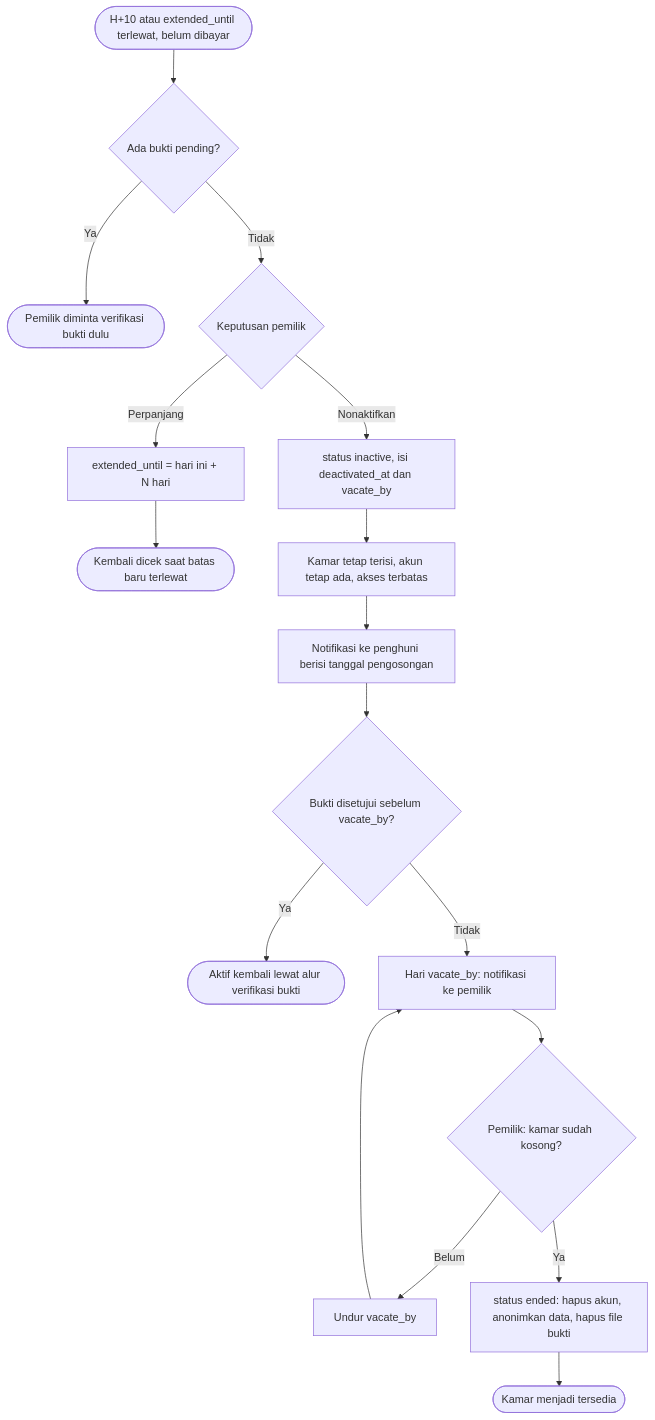
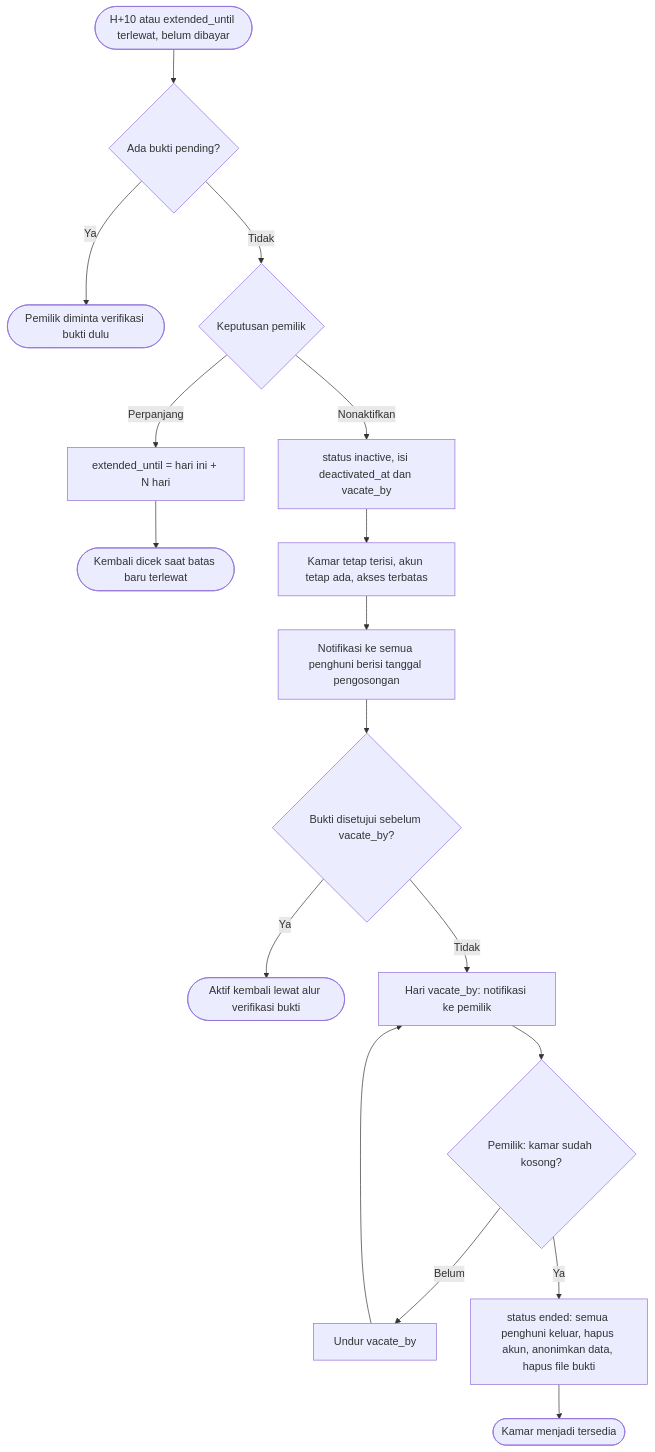
Before and after one commit to ANugroho186/kost36-app: the fourth of 4 diagrams in docs/alur-bisnis.md, drawn with Mermaid. The commit also changed other lines of this file and 1 other file, not shown here.

Commit message:
docs: dukung dua penghuni per kamar dengan tabel tenancy_occupants

````diff
--- a/docs/alur-bisnis.md
+++ b/docs/alur-bisnis.md
@@ -92,19 +106,19 @@
 ```mermaid
 flowchart TD
     A(["H+10 atau extended_until terlewat, belum dibayar"]) --> B{"Ada bukti pending?"}
     B -- Ya --> C([Pemilik diminta verifikasi bukti dulu])
     B -- Tidak --> D{Keputusan pemilik}
     D -- Perpanjang --> E["extended_until = hari ini + N hari"]
     E --> F([Kembali dicek saat batas baru terlewat])
     D -- Nonaktifkan --> G["status inactive, isi deactivated_at dan vacate_by"]
     G --> H["Kamar tetap terisi, akun tetap ada, akses terbatas"]
-    H --> I[Notifikasi ke penghuni berisi tanggal pengosongan]
+    H --> I[Notifikasi ke semua penghuni berisi tanggal pengosongan]
     I --> J{"Bukti disetujui sebelum vacate_by?"}
     J -- Ya --> K([Aktif kembali lewat alur verifikasi bukti])
     J -- Tidak --> L[Hari vacate_by: notifikasi ke pemilik]
     L --> M{"Pemilik: kamar sudah kosong?"}
     M -- Belum --> N["Undur vacate_by"]
     N --> L
-    M -- Ya --> O["status ended: hapus akun, anonimkan data, hapus file bukti"]
+    M -- Ya --> O["status ended: semua penghuni keluar, hapus akun, anonimkan data, hapus file bukti"]
     O --> P([Kamar menjadi tersedia])
 ```
````
